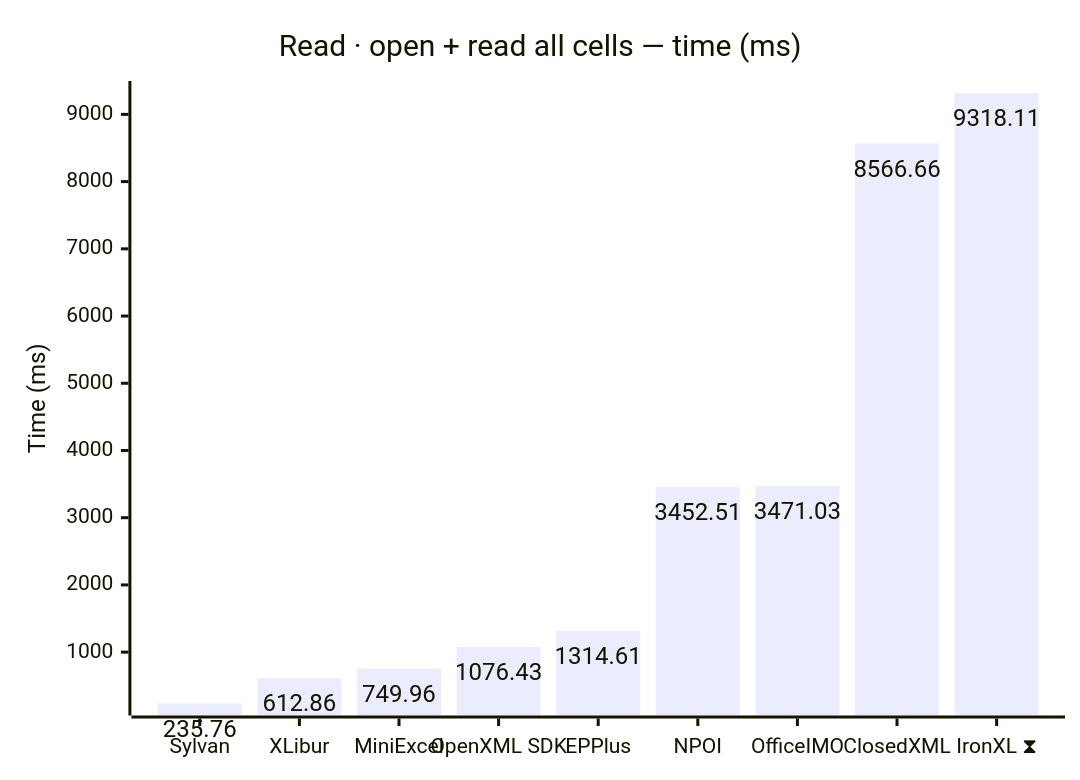
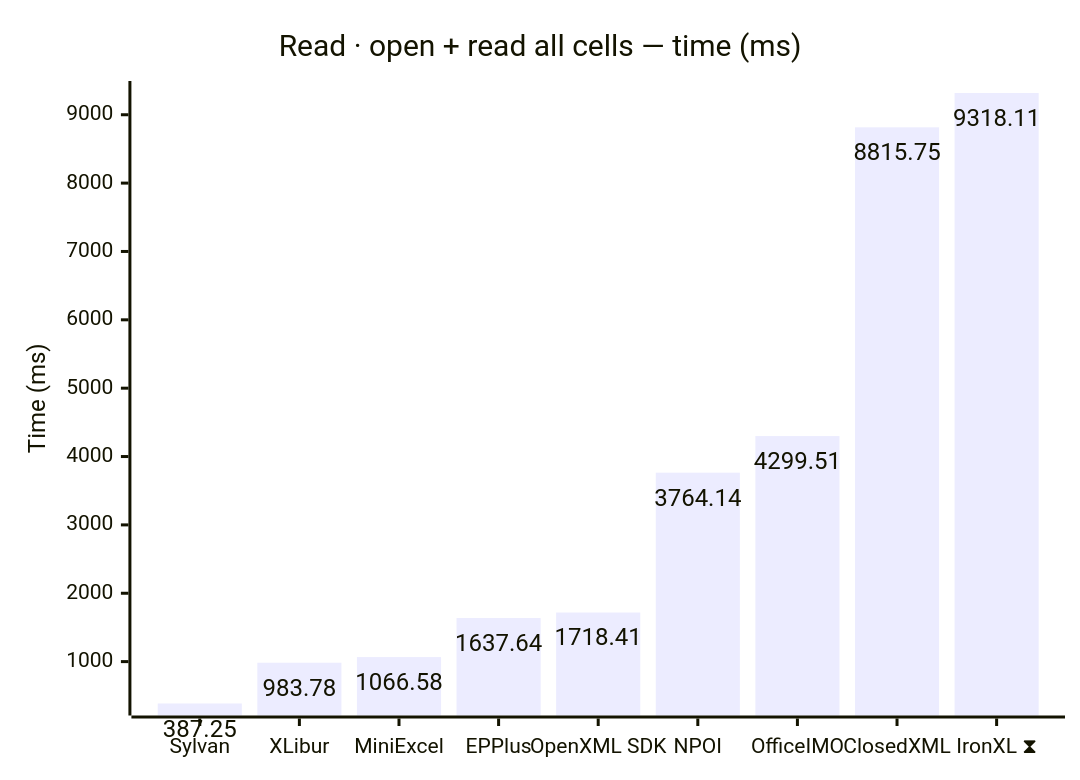
The third of 18 diagrams in docs/results-ci.md (jafin/XLBench), drawn with Mermaid before and after one commit. The commit also changed other lines of this file, not shown here.

````diff
--- a/docs/results-ci.md
+++ b/docs/results-ci.md
@@ -69,12 +69,12 @@
 ```mermaid
 ---
 config:
   xyChart:
     showDataLabel: true
 ---
 xychart-beta
     title "Read · open + read all cells — time (ms)"
-    x-axis ["Sylvan", "XLibur", "MiniExcel", "OpenXML SDK", "EPPlus", "NPOI", "OfficeIMO", "ClosedXML", "IronXL ⧗"]
+    x-axis ["Sylvan", "XLibur", "MiniExcel", "EPPlus", "OpenXML SDK", "NPOI", "OfficeIMO", "ClosedXML", "IronXL ⧗"]
     y-axis "Time (ms)"
-    bar [235.76, 612.86, 749.96, 1076.43, 1314.61, 3452.51, 3471.03, 8566.66, 9318.11]
+    bar [387.25, 983.78, 1066.58, 1637.64, 1718.41, 3764.14, 4299.51, 8815.75, 9318.11]
 ```
````
